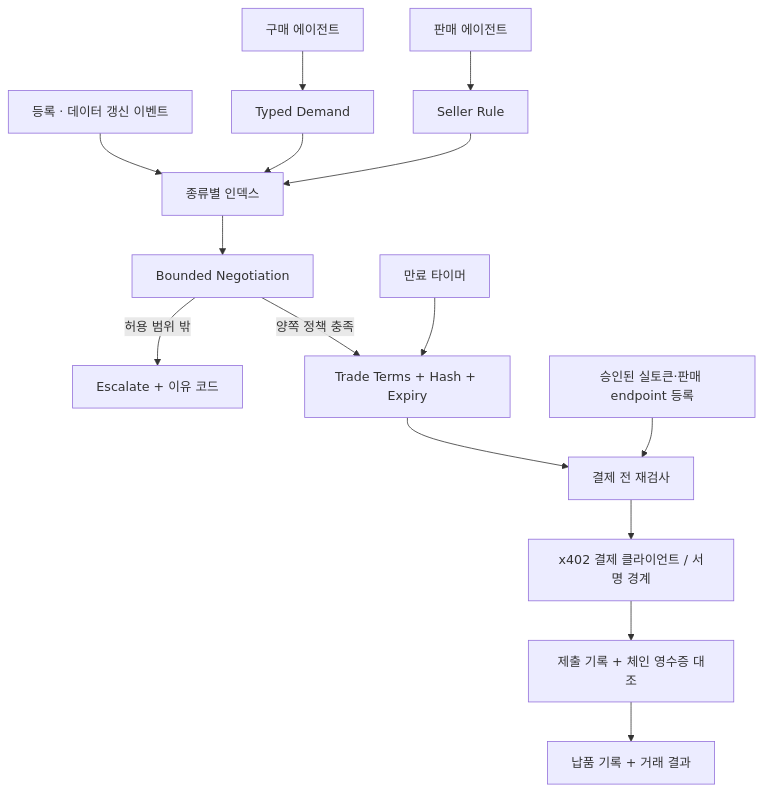
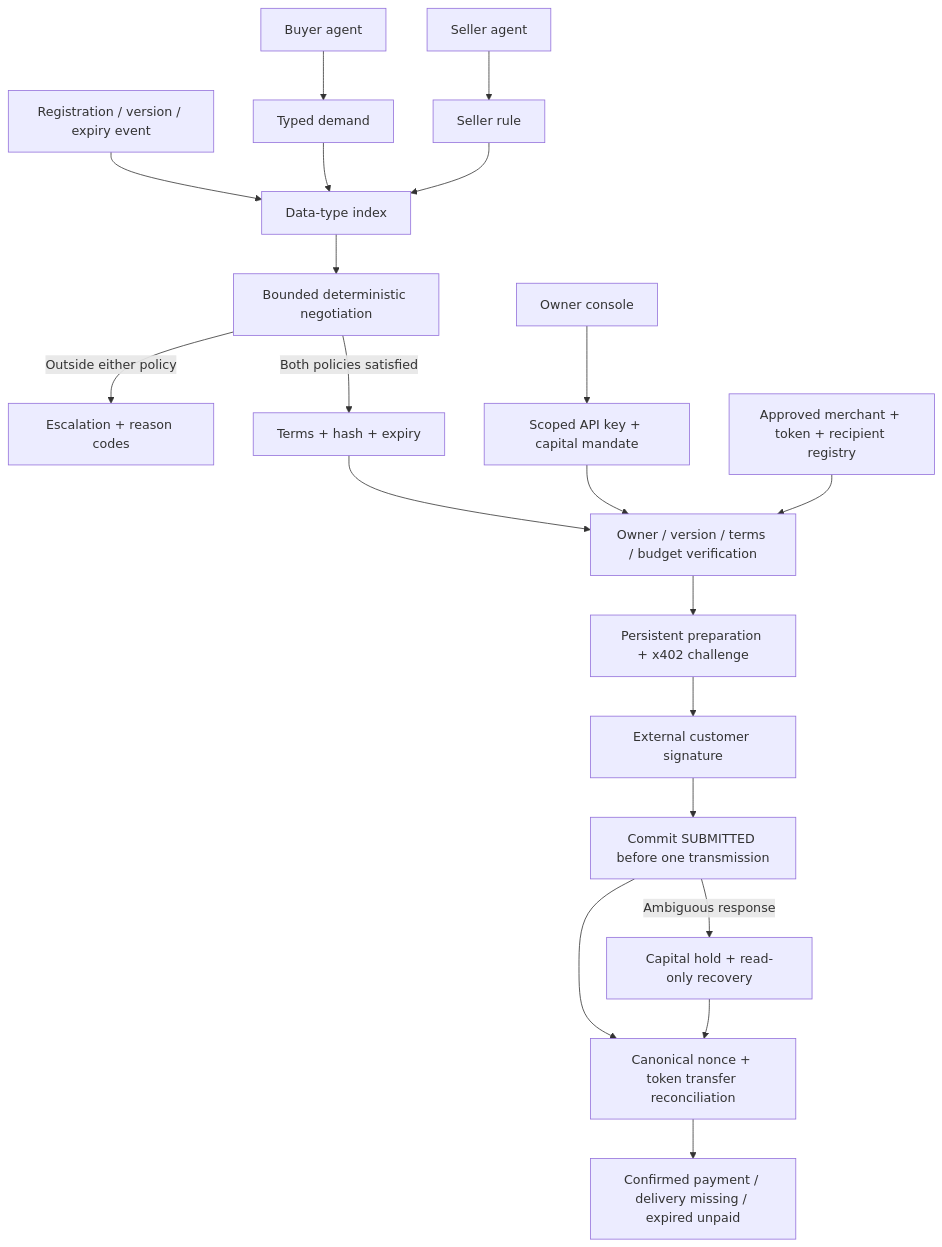
One commit to skew-labs/economic-machine changed the diagram in docs/ARCHITECTURE.md. Above: the diagram before and after it, drawn with Mermaid. The commit also changed other lines of this file and 52 other files, not shown here.

````diff
--- a/docs/ARCHITECTURE.md
+++ b/docs/ARCHITECTURE.md
@@ -6,17 +6,22 @@
 ```mermaid
 flowchart TD
-    B[구매 에이전트] --> D[Typed Demand]
-    S[판매 에이전트] --> R[Seller Rule]
-    E[등록 · 데이터 갱신 이벤트] --> I[종류별 인덱스]
+    B[Buyer agent] --> D[Typed demand]
+    S[Seller agent] --> R[Seller rule]
+    E[Registration / version / expiry event] --> I[Data-type index]
     D --> I
     R --> I
-    I --> N[Bounded Negotiation]
-    N -->|허용 범위 밖| X[Escalate + 이유 코드]
-    N -->|양쪽 정책 충족| T[Trade Terms + Hash + Expiry]
-    T --> G[결제 전 재검사]
-    C[승인된 실토큰·판매 endpoint 등록] --> G
-    G --> P[x402 결제 클라이언트 / 서명 경계]
-    P --> V[제출 기록 + 체인 영수증 대조]
-    V --> A[납품 기록 + 거래 결과]
-    H[만료 타이머] --> T
+    I --> N[Bounded deterministic negotiation]
+    N -->|Outside either policy| X[Escalation + reason codes]
+    N -->|Both policies satisfied| T[Terms + hash + expiry]
+    O[Owner console] --> K[Scoped API key + capital mandate]
+    T --> G[Owner / version / terms / budget verification]
+    K --> G
+    A[Approved merchant + token + recipient registry] --> G
+    G --> P[Persistent preparation + x402 challenge]
+    P --> W[External customer signature]
+    W --> U[Commit SUBMITTED before one transmission]
+    U --> C[Canonical nonce + token transfer reconciliation]
+    C --> F[Confirmed payment / delivery missing / expired unpaid]
+    U -->|Ambiguous response| H[Capital hold + read-only recovery]
+    H --> C
 ```
````
